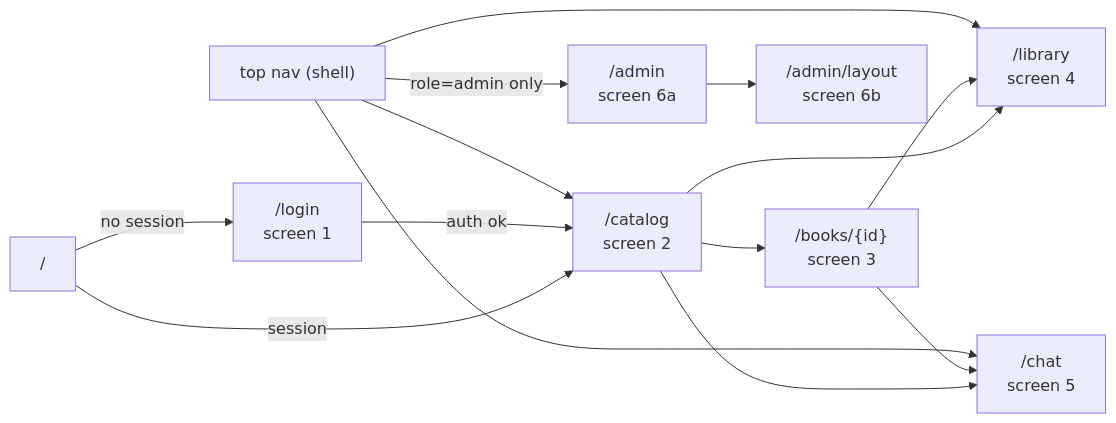
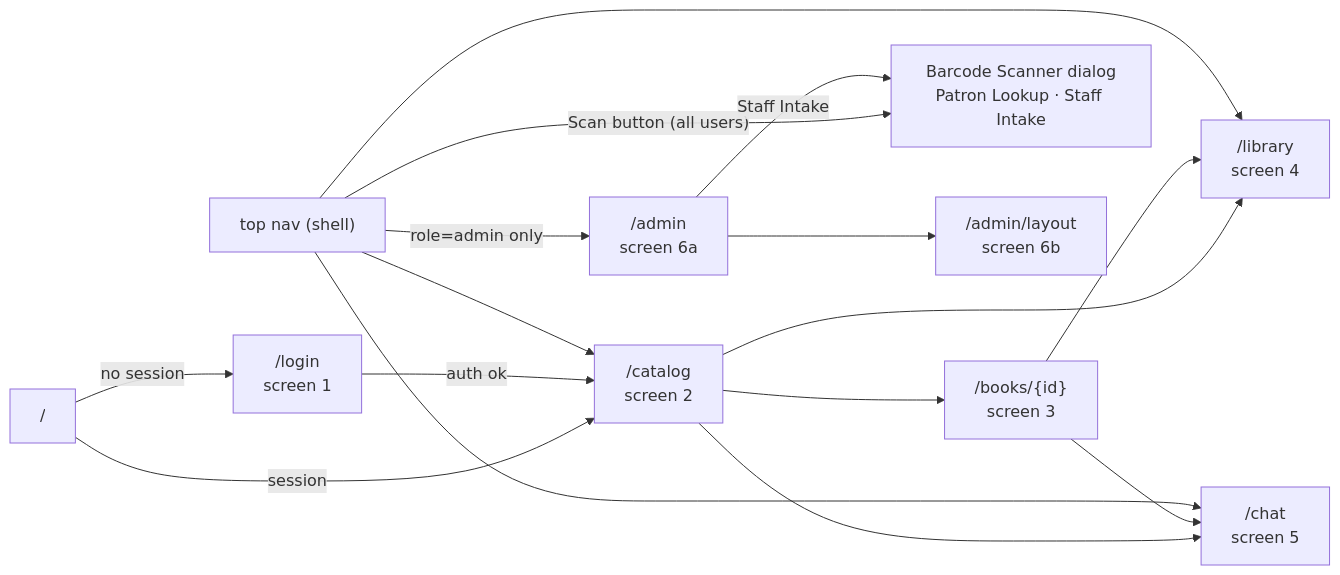
Before and after one commit to cattyman919/athenaeum: the diagram in docs/07-frontend.md, drawn with Mermaid. The commit also changed other lines of this file and 13 other files, not shown here.

Commit message:
docs: plan universal patron and staff barcode scanner

````diff
--- a/docs/07-frontend.md
+++ b/docs/07-frontend.md
@@ -61,16 +61,18 @@
 ```mermaid
 flowchart LR
     ROOT["/"] -->|"no session"| LOGIN["/login<br/>screen 1"]
     ROOT -->|"session"| CATALOG["/catalog<br/>screen 2"]
     LOGIN -->|"auth ok"| CATALOG
     CATALOG --> BOOK["/books/{id}<br/>screen 3"]
     CATALOG --> LIB["/library<br/>screen 4"]
     CATALOG --> CHAT["/chat<br/>screen 5"]
     BOOK --> LIB
     BOOK --> CHAT
     NAV["top nav (shell)"] --> CATALOG
     NAV --> LIB
     NAV --> CHAT
+    NAV -->|"Scan button (all users)"| SCAN["Barcode Scanner dialog<br/>Patron Lookup · Staff Intake"]
     NAV -->|"role=admin only"| ADMIN["/admin<br/>screen 6a"]
     ADMIN --> ADMINL["/admin/layout<br/>screen 6b"]
+    ADMIN -->|"Staff Intake"| SCAN
 ```
````
